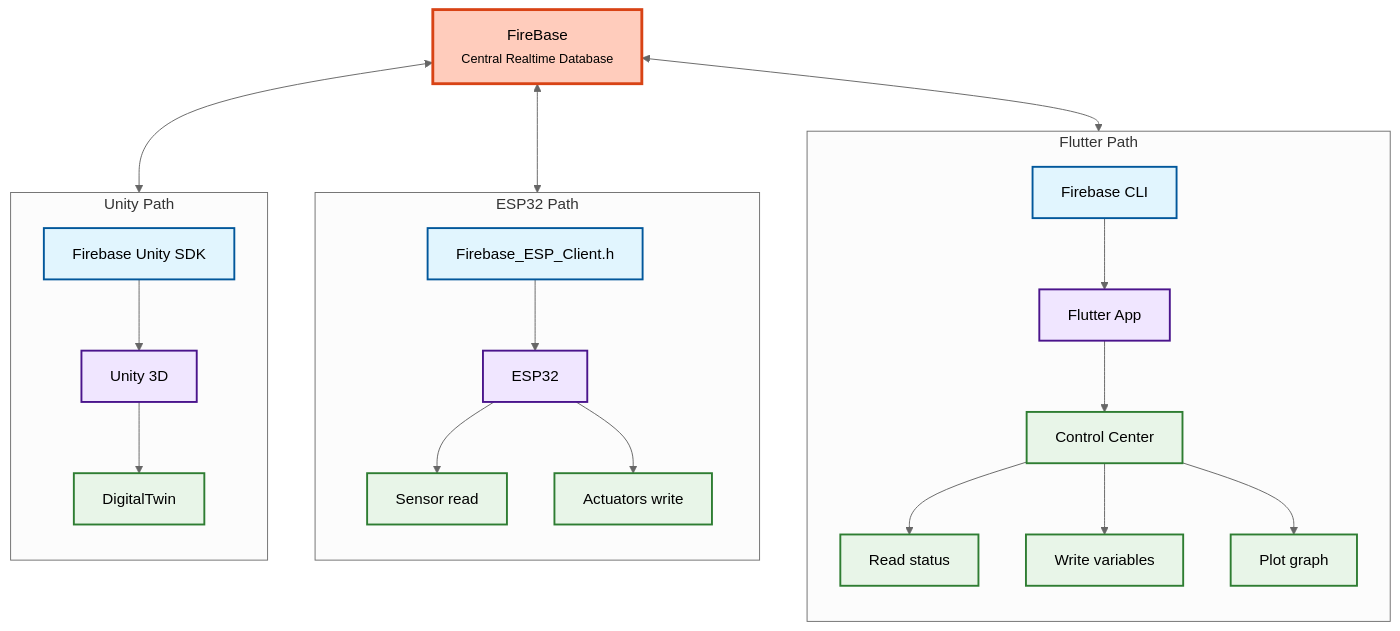
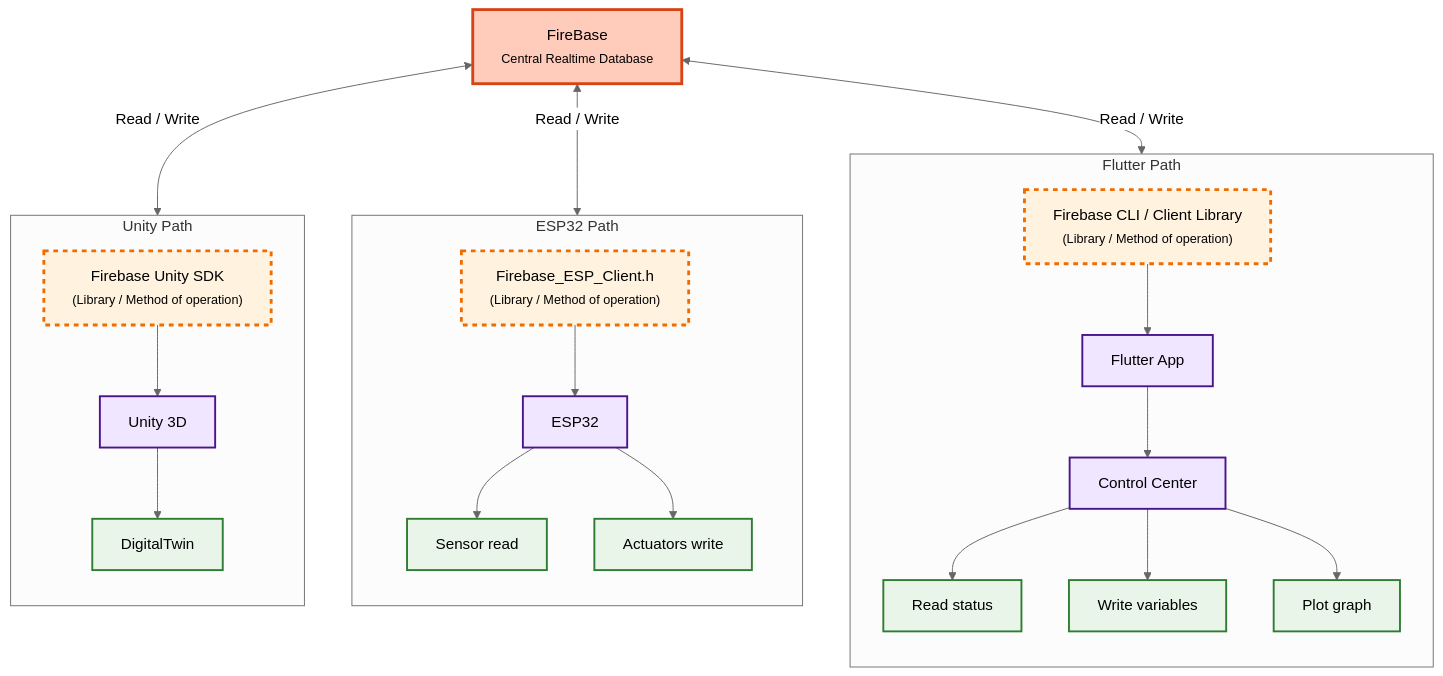
The first of 3 diagrams in DataFlow_V2.md (i-n-a/biclanet-for-cicla), drawn with Mermaid (neutral theme) before and after one commit.

Commit message:
Enhance DataFlow diagram with detailed labels
Updated labels in the DataFlow diagram to include descriptions for libraries and methods of operation. Changed bidirectional connections to specify read/write data flow.

````diff
--- a/DataFlow_V2.md
+++ b/DataFlow_V2.md
@@ -2,54 +2,54 @@
 ```mermaid
 
 flowchart TD
     Firebase["FireBase<br/><span style='font-size:smaller'>Central Realtime Database</span>"]
 
     subgraph Unity_Path ["Unity Path"]
         direction TB
-        UnitySDK["Firebase Unity SDK"]
+        UnitySDK["Firebase Unity SDK<br/><span style='font-size:smaller;color:#555'>(Library / Method of operation)</span>"]
         Unity3D["Unity 3D"]
         DigitalTwin["DigitalTwin"]
         UnitySDK --> Unity3D --> DigitalTwin
     end
 
     subgraph ESP32_Path ["ESP32 Path"]
         direction TB
-        ESPClient["Firebase_ESP_Client.h"]
+        ESPClient["Firebase_ESP_Client.h<br/><span style='font-size:smaller;color:#555'>(Library / Method of operation)</span>"]
         ESP32["ESP32"]
         SensorRead["Sensor read"]
         ActuatorsWrite["Actuators write"]
         ESPClient --> ESP32
         ESP32 --> SensorRead
         ESP32 --> ActuatorsWrite
     end
 
     subgraph Flutter_Path ["Flutter Path"]
         direction TB
-        FirebaseCLI["Firebase CLI"]
+        FirebaseCLI["Firebase CLI / Client Library<br/><span style='font-size:smaller;color:#555'>(Library / Method of operation)</span>"]
         FlutterApp["Flutter App"]
         ControlCenter["Control Center"]
         ReadStatus["Read status"]
         WriteVars["Write variables"]
         PlotGraph["Plot graph"]
         FirebaseCLI --> FlutterApp --> ControlCenter
         ControlCenter --> ReadStatus
         ControlCenter --> WriteVars
         ControlCenter --> PlotGraph
     end
 
-    %% Bidirectional connections
-    Firebase <--> Unity_Path
-    Firebase <--> ESP32_Path
-    Firebase <--> Flutter_Path
+    %% Bidirectional data flow (read/write)
+    Firebase <-->|"Read / Write"| Unity_Path
+    Firebase <-->|"Read / Write"| ESP32_Path
+    Firebase <-->|"Read / Write"| Flutter_Path
 
-    %% Styling
+    %% Styling to highlight the "method/library" layer
     classDef central fill:#ffccbc,stroke:#d84315,stroke-width:3px,color:#000;
-    classDef client fill:#e1f5fe,stroke:#01579b,stroke-width:2px,color:#000;
-    classDef device fill:#f0e6ff,stroke:#4a148c,stroke-width:2px,color:#000;
-    classDef action fill:#e8f5e8,stroke:#2e7d32,stroke-width:2px,color:#000;
+    classDef library fill:#fff3e0,stroke:#ef6c00,stroke-width:3px,stroke-dasharray: 5 5,color:#000;
+    classDef platform fill:#f0e6ff,stroke:#4a148c,stroke-width:2px,color:#000;
+    classDef endpoint fill:#e8f5e8,stroke:#2e7d32,stroke-width:2px,color:#000;
 
     class Firebase central
-    class UnitySDK,ESPClient,FirebaseCLI client
-    class Unity3D,ESP32,FlutterApp device
-    class DigitalTwin,SensorRead,ActuatorsWrite,ReadStatus,WriteVars,PlotGraph,ControlCenter action
+    class UnitySDK,ESPClient,FirebaseCLI library
+    class Unity3D,ESP32,FlutterApp,ControlCenter platform
+    class DigitalTwin,SensorRead,ActuatorsWrite,ReadStatus,WriteVars,PlotGraph endpoint
 ```
````
